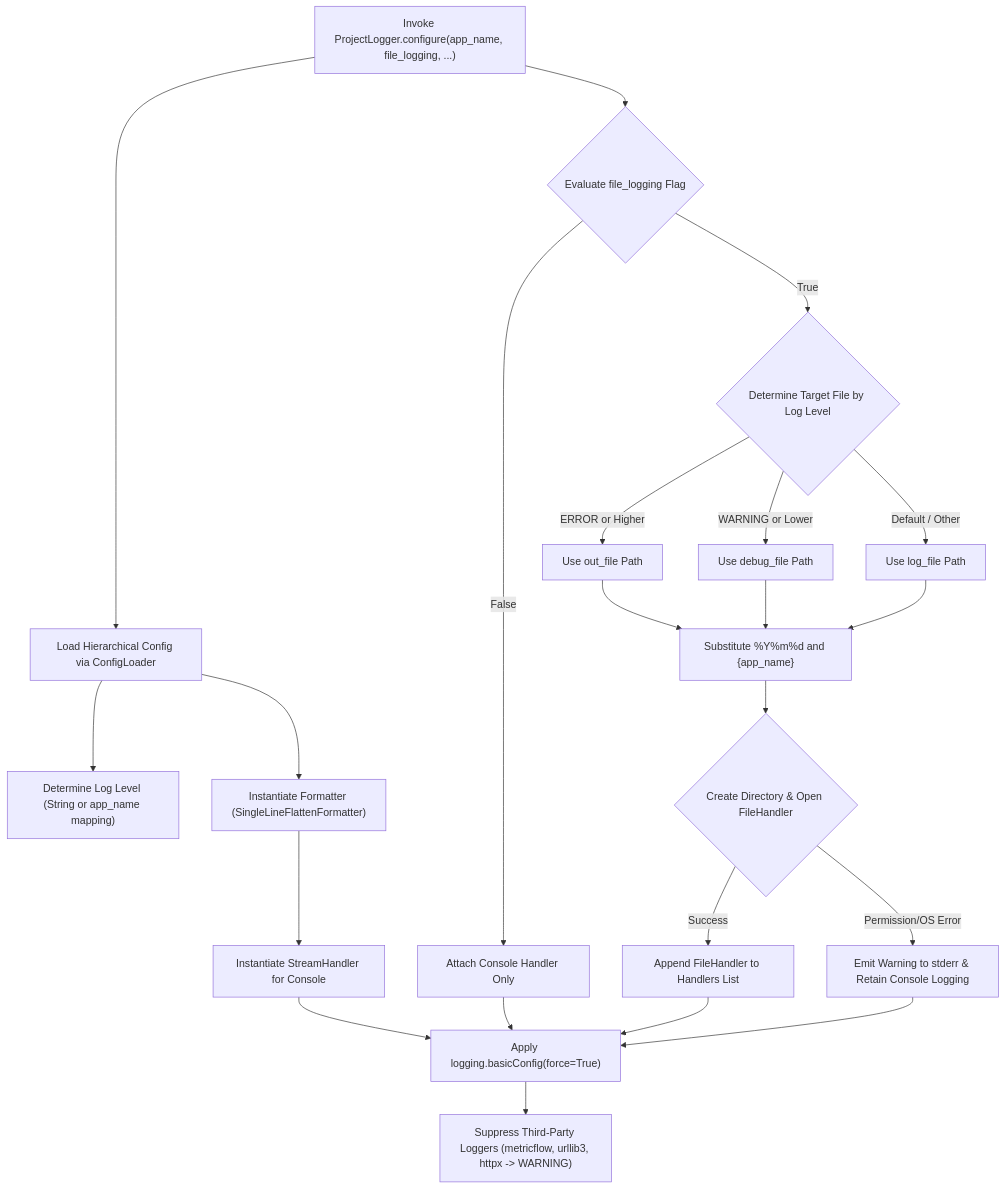
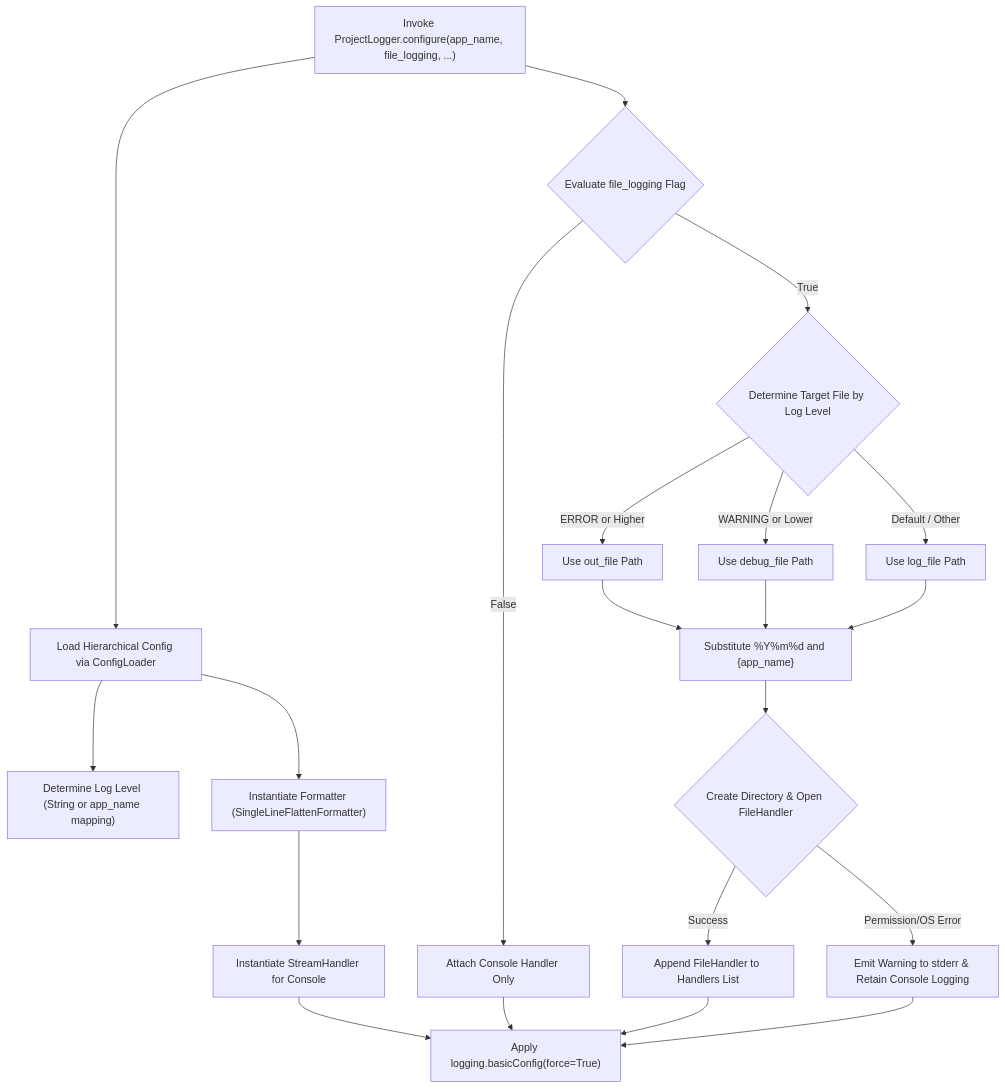
The diagram in manual/en/logger/02_project_logger_configure.md (kampores/agent_common), drawn with Mermaid before and after one commit. The commit also changed other lines of this file and 10 other files, not shown here.

````diff
--- a/manual/en/logger/02_project_logger_configure.md
+++ b/manual/en/logger/02_project_logger_configure.md
@@ -23,28 +23,27 @@
 ```mermaid
 flowchart TD
     A["Invoke ProjectLogger.configure(app_name, file_logging, ...)"] --> B["Load Hierarchical Config via ConfigLoader"]
     B --> C["Determine Log Level (String or app_name mapping)"]
     B --> D["Instantiate Formatter (SingleLineFlattenFormatter)"]
     D --> E["Instantiate StreamHandler for Console"]
     
     A --> F{"Evaluate file_logging Flag"}
     F -->|"False"| J["Attach Console Handler Only"]
     F -->|"True"| G{"Determine Target File by Log Level"}
     
     G -->|"ERROR or Higher"| G1["Use out_file Path"]
     G -->|"WARNING or Lower"| G2["Use debug_file Path"]
     G -->|"Default / Other"| G3["Use log_file Path"]
     
     G1 --> H["Substitute %Y%m%d and {app_name}"]
     G2 --> H
     G3 --> H
     H --> I{"Create Directory & Open FileHandler"}
     I -->|"Success"| I1["Append FileHandler to Handlers List"]
     I -->|"Permission/OS Error"| I2["Emit Warning to stderr & Retain Console Logging"]
     
     E --> K["Apply logging.basicConfig(force=True)"]
     I1 --> K
     J --> K
     I2 --> K
-    K --> L["Suppress Third-Party Loggers (metricflow, urllib3, httpx -> WARNING)"]
 ```
````
